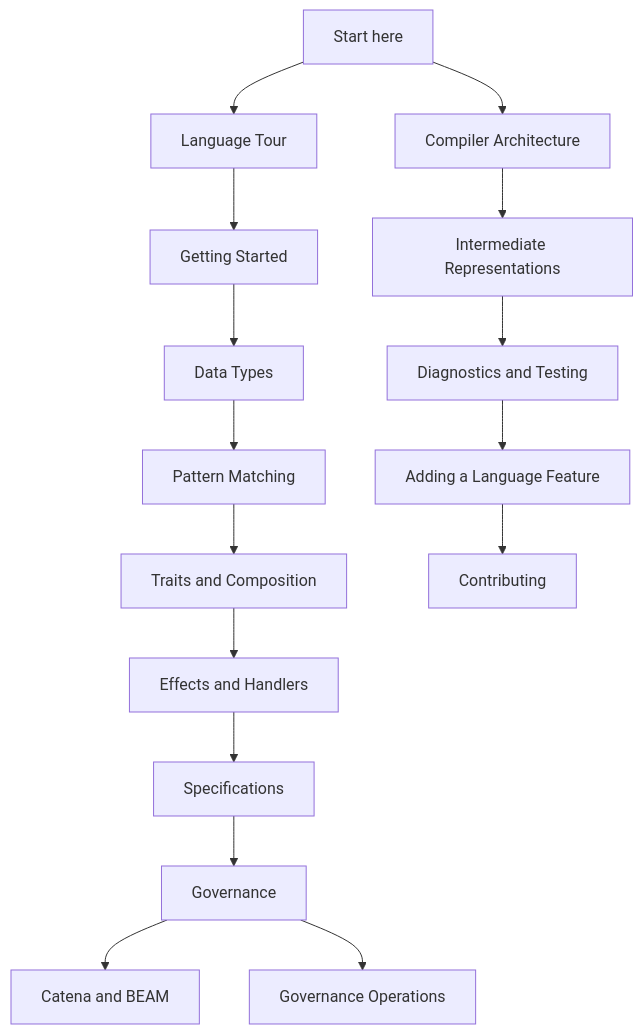
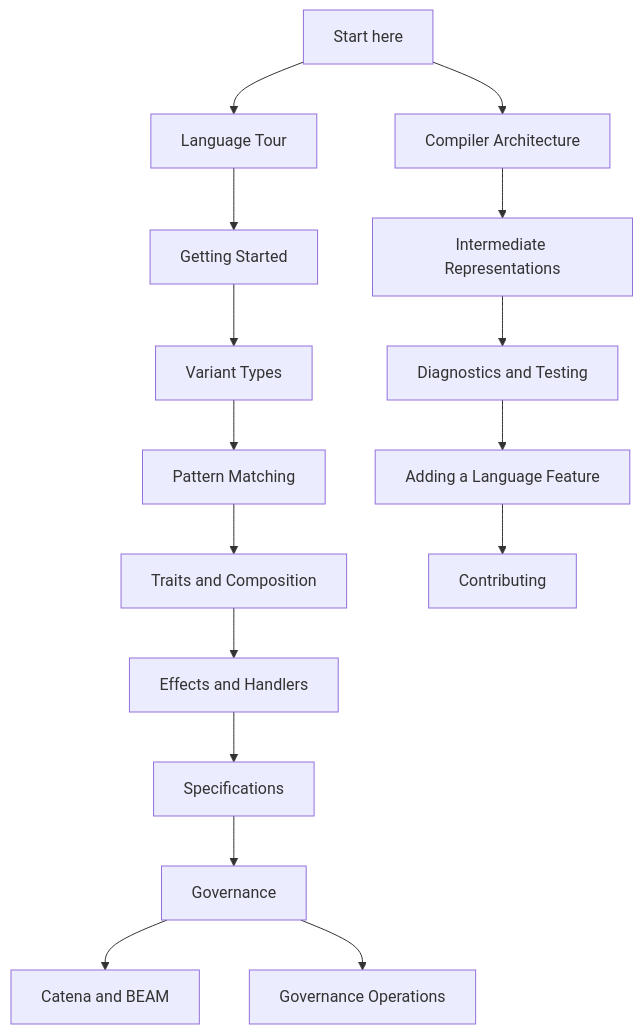
One commit to pcharbon70/catena changed the diagram in guides/README.md. Above: the diagram before and after it, drawn with Mermaid. The commit also changed other lines of this file and 14 other files, not shown here.

````diff
--- a/guides/README.md
+++ b/guides/README.md
@@ -14,20 +21,20 @@
 ```mermaid
 flowchart TD
     Start[Start here] --> Tour[Language Tour]
     Tour --> First[Getting Started]
-    First --> Data[Data Types]
+    First --> Data[Variant Types]
     Data --> Match[Pattern Matching]
     Match --> Traits[Traits and Composition]
     Traits --> Effects[Effects and Handlers]
     Effects --> Specs[Specifications]
     Specs --> Gov[Governance]
     Gov --> Beam[Catena and BEAM]
 
     Gov --> Ops[Governance Operations]
 
     Start --> Dev[Compiler Architecture]
     Dev --> IR[Intermediate Representations]
     IR --> Tests[Diagnostics and Testing]
     Tests --> Feature[Adding a Language Feature]
     Feature --> Contrib[Contributing]
 ```
````
